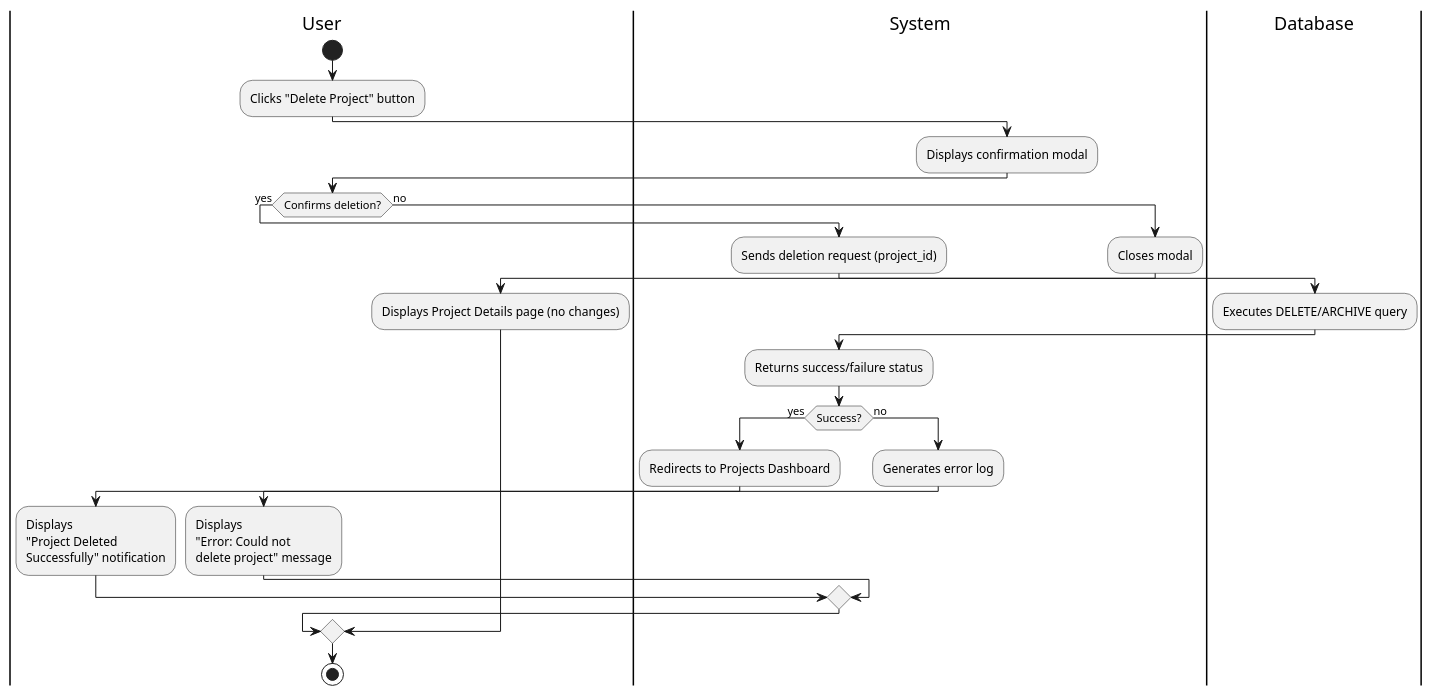
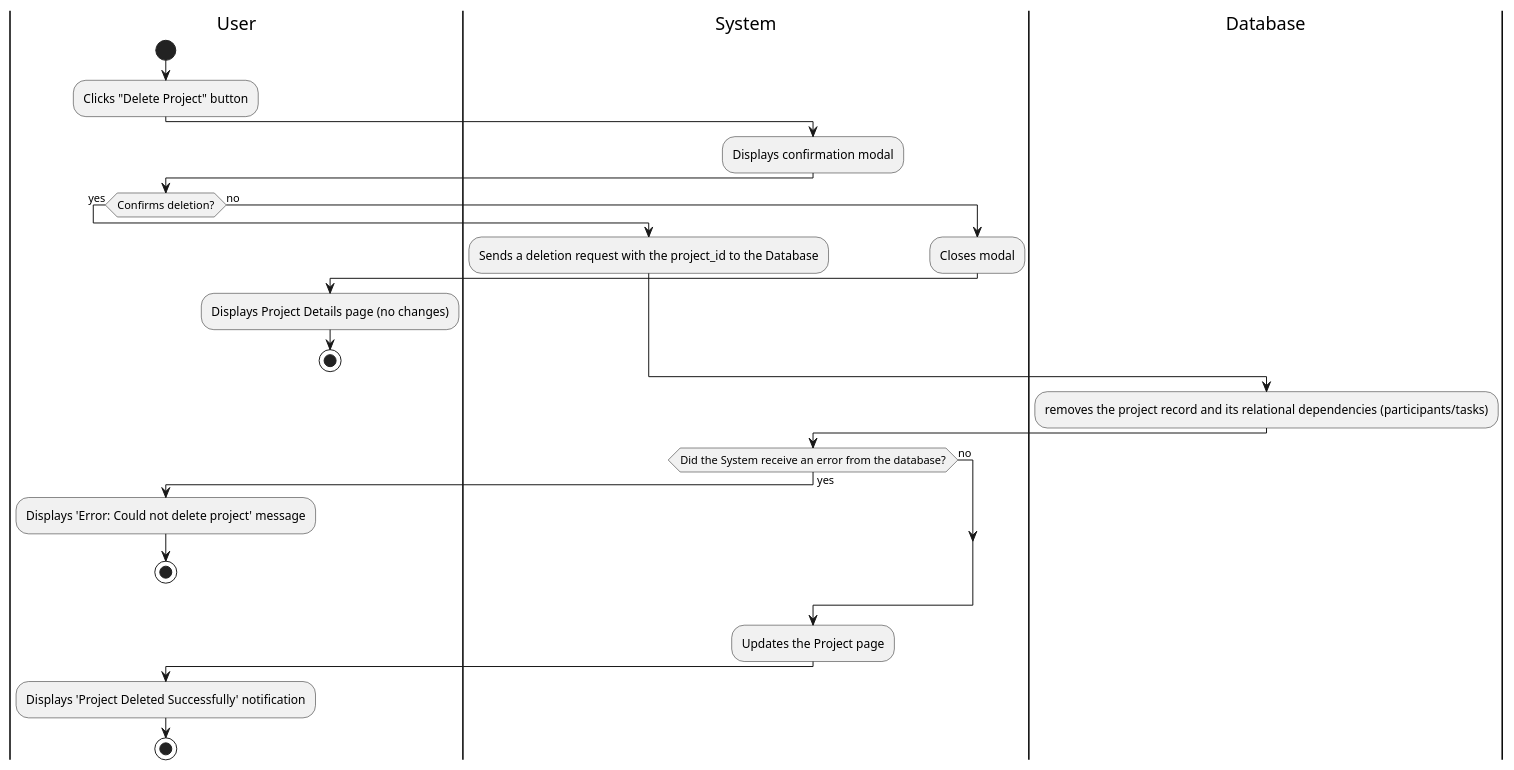
The diagram in documentation/activity_diagrams/PROJ-03-ActivityDiagram.puml (Berthou05/LimboSoftwareDevelopment_Change.org), drawn with PlantUML before and after one commit. The commit also changed 10 other files, not shown here.

```diff
--- a/documentation/activity_diagrams/PROJ-03-ActivityDiagram.puml
+++ b/documentation/activity_diagrams/PROJ-03-ActivityDiagram.puml
@@ -1,43 +1,41 @@
 @startuml
 |User|
 start
 :Clicks "Delete Project" button;
 
 |System|
 :Displays confirmation modal;
 
 |User|
-if (Confirms deletion?) then (yes)
+if (Confirms deletion?) is (yes) then
     |System|
-    :Sends deletion request (project_id);
-    
-    |Database|
-    :Executes DELETE/ARCHIVE query;
-    |System|
-    :Returns success/failure status;
-    
-    |System|
-    if (Success?) then (yes)
-        :Redirects to Projects Dashboard;
-        |User|
-        :Displays
-        "Project Deleted
-        Successfully" notification;
-    else (no)
-        |System|
-        :Generates error log;
-        |User|
-        :Displays
-        "Error: Could not
-        delete project" message;
-    endif
+    :Sends a deletion request with the project_id to the Database;
 else (no)
     |System|
     :Closes modal;
     |User|
     :Displays Project Details page (no changes);
+    stop
 endif
 
+
+    
+    |Database|
+    :removes the project record and its relational dependencies (participants/tasks);
+    
+    |System|
+    if (Did the System receive an error from the database?) is (no) then
+
+    else(yes)
+        |User|
+        :Displays 'Error: Could not delete project' message;
+        stop
+    endif
+
+
+|System|
+:Updates the Project page;
 |User|
+:Displays 'Project Deleted Successfully' notification;
 stop
 @enduml
```
